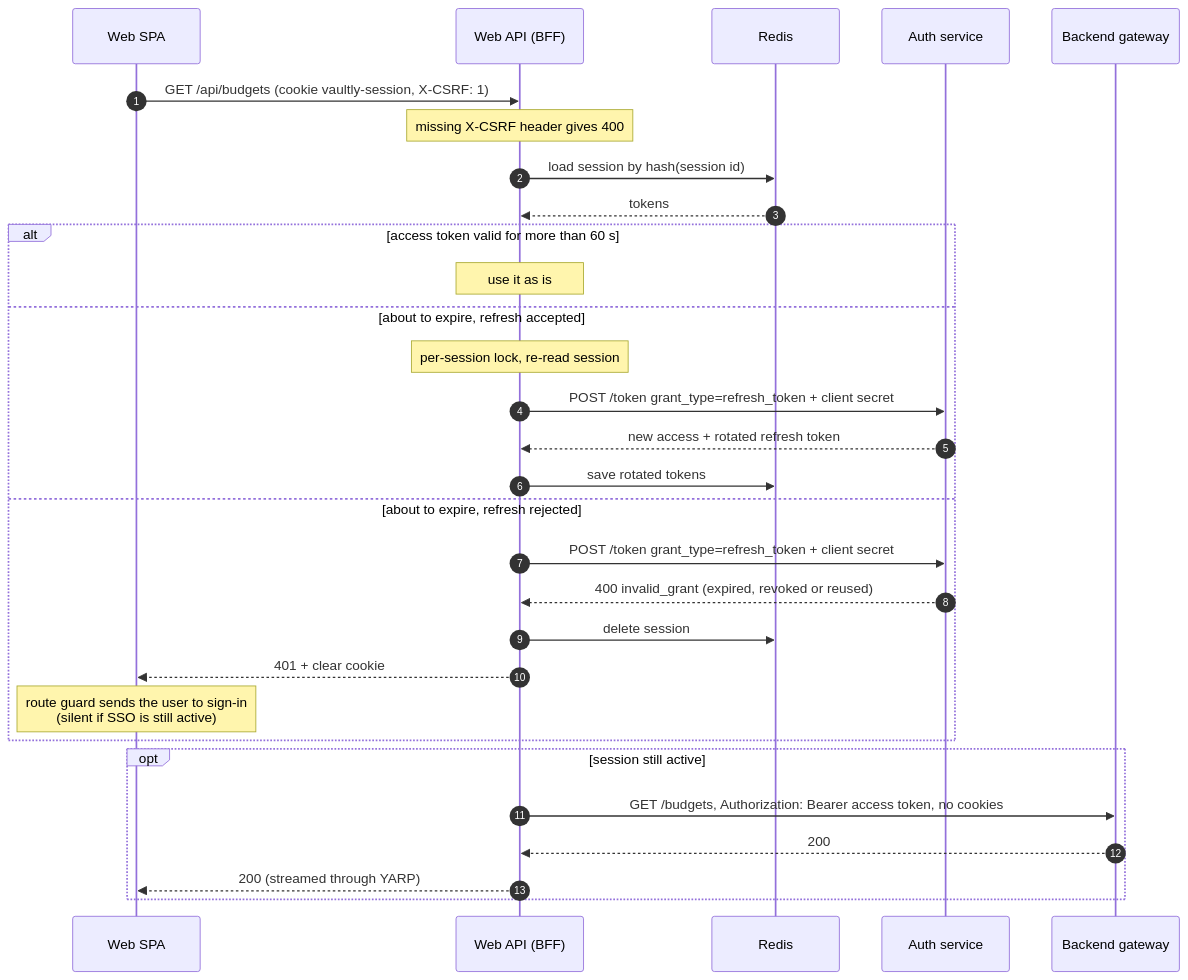
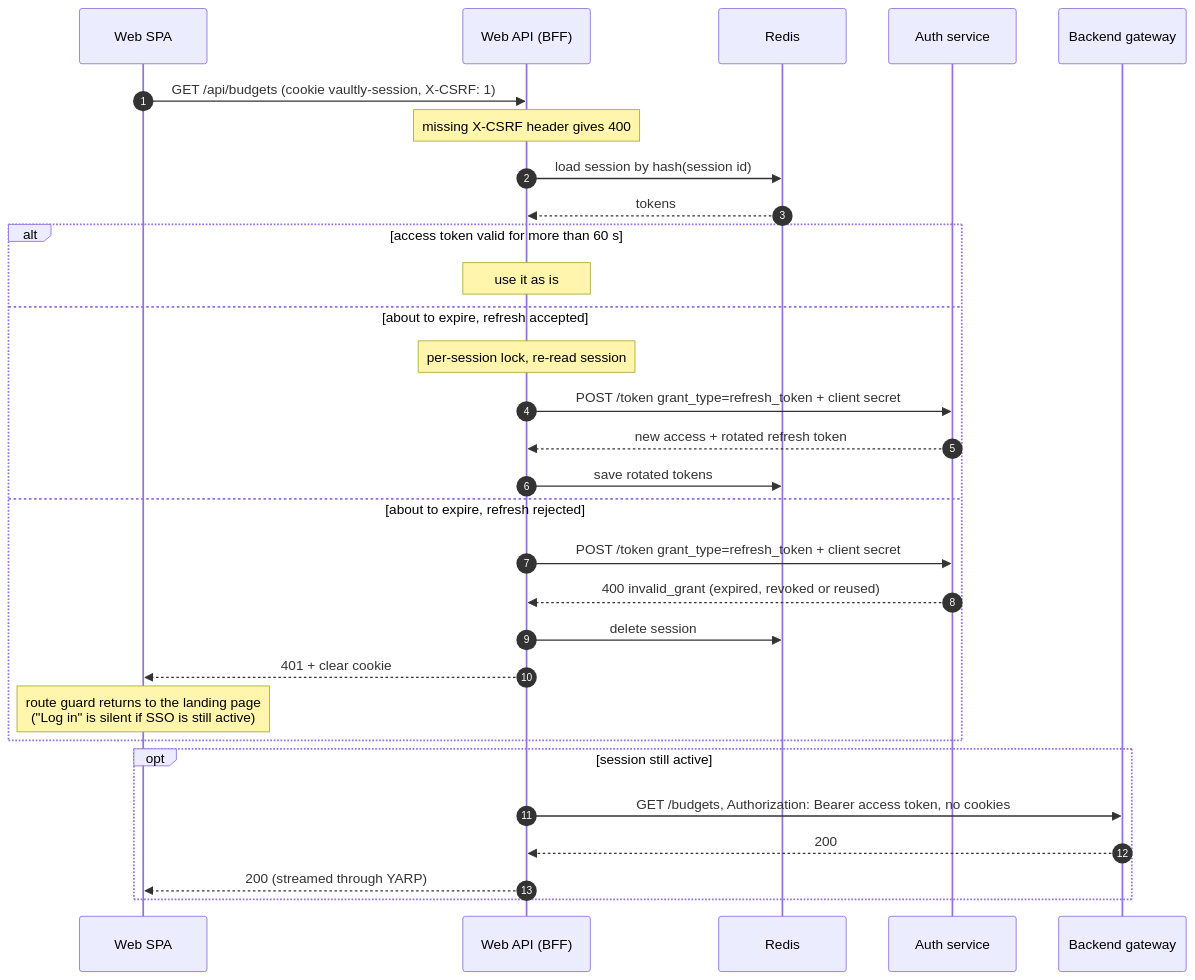
One commit to stp-nowak/VAULTLY changed the fourth of 7 diagrams in docs/architecture/authentication.md. Above: the diagram before and after it, drawn with Mermaid. The commit also changed other lines of this file and 28 other files, not shown here.

First line of the commit message:
feat: show a landing page instead of redirecting to sign-in

````diff
--- a/docs/architecture/authentication.md
+++ b/docs/architecture/authentication.md
@@ -139,33 +145,33 @@
 ```mermaid
 sequenceDiagram
     autonumber
     participant SPA as Web SPA
     participant BFF as Web API (BFF)
     participant R as Redis
     participant A as Auth service
     participant B as Backend gateway
 
     SPA->>BFF: GET /api/budgets (cookie vaultly-session, X-CSRF: 1)
     Note over BFF: missing X-CSRF header gives 400
     BFF->>R: load session by hash(session id)
     R-->>BFF: tokens
     alt access token valid for more than 60 s
         Note over BFF: use it as is
     else about to expire, refresh accepted
         Note over BFF: per-session lock, re-read session
         BFF->>A: POST /token grant_type=refresh_token + client secret
         A-->>BFF: new access + rotated refresh token
         BFF->>R: save rotated tokens
     else about to expire, refresh rejected
         BFF->>A: POST /token grant_type=refresh_token + client secret
         A-->>BFF: 400 invalid_grant (expired, revoked or reused)
         BFF->>R: delete session
         BFF-->>SPA: 401 + clear cookie
-        Note over SPA: route guard sends the user to sign-in<br/>(silent if SSO is still active)
+        Note over SPA: route guard returns to the landing page<br/>("Log in" is silent if SSO is still active)
     end
     opt session still active
         BFF->>B: GET /budgets, Authorization: Bearer access token, no cookies
         B-->>BFF: 200
         BFF-->>SPA: 200 (streamed through YARP)
     end
 ```
````
